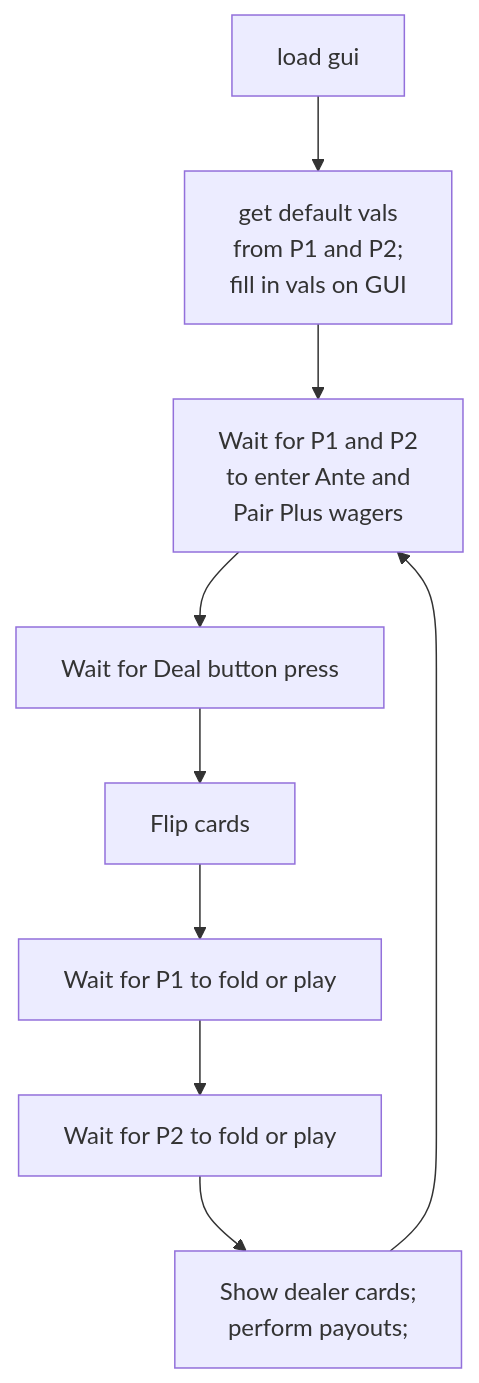
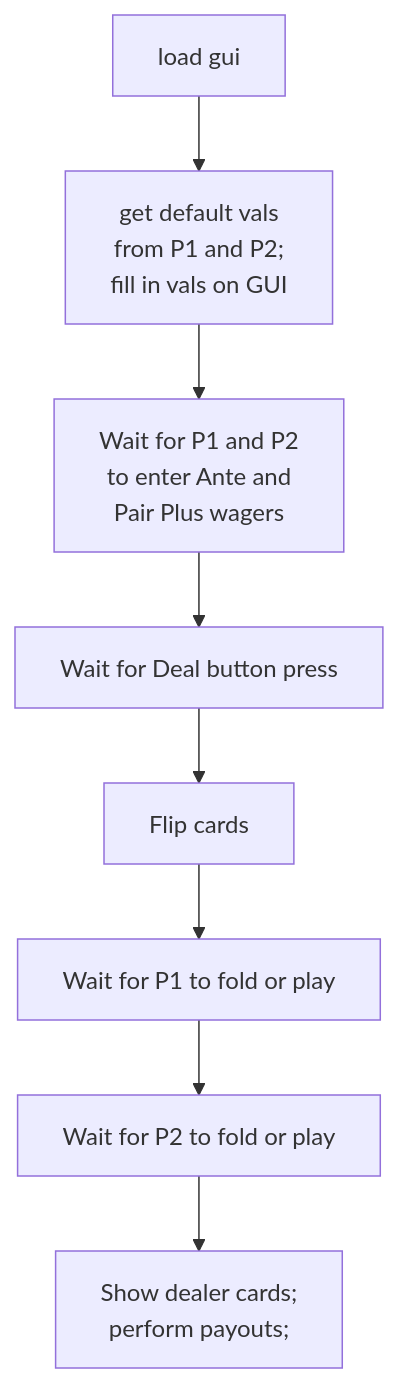
One commit to david-dozer/cs342-poker changed the diagram in README.md. Above: the diagram before and after it, drawn with Mermaid.

Commit message:
planning

````diff
--- a/README.md
+++ b/README.md
@@ -5,11 +5,10 @@
 ```mermaid
   graph TD;
       A[load gui ]-->B[get default vals <br> from P1 and P2; <br> fill in vals on GUI];
       B-->C[Wait for P1 and P2 <br> to enter Ante and <br> Pair Plus wagers];
       C-->D[Wait for Deal button press];
       D-->E[Flip cards];
       E-->F[Wait for P1 to fold or play];
       F-->G[Wait for P2 to fold or play];
       G-->H[Show dealer cards; <br> perform payouts;];
-      H-->C;
 ```
````
